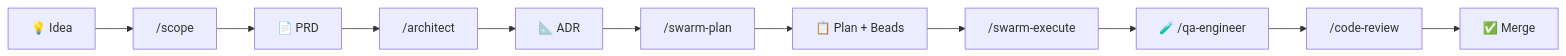
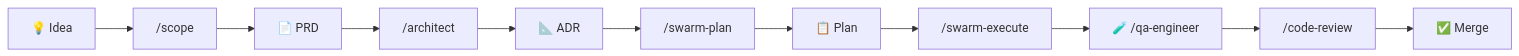
Before and after one commit to nguyenhuuca/assessment: the diagram in docs/flow-scope-to-implement.md, drawn with Mermaid. The commit also changed other lines of this file and 1 other file, not shown here.

Commit message:
docs: remove Beads references from flow doc and bookmark plan

````diff
--- a/docs/flow-scope-to-implement.md
+++ b/docs/flow-scope-to-implement.md
@@ -9,13 +9,13 @@
 ```mermaid
 graph LR
     A["💡 Idea"] --> B["/scope"]
     B --> C["📄 PRD"]
     C --> D["/architect"]
     D --> E["📐 ADR"]
     E --> F["/swarm-plan"]
-    F --> G["📋 Plan + Beads"]
+    F --> G["📋 Plan"]
     G --> H["/swarm-execute"]
     H --> I["🧪 /qa-engineer"]
     I --> J["/code-review"]
     J --> K["✅ Merge"]
 ```
````
